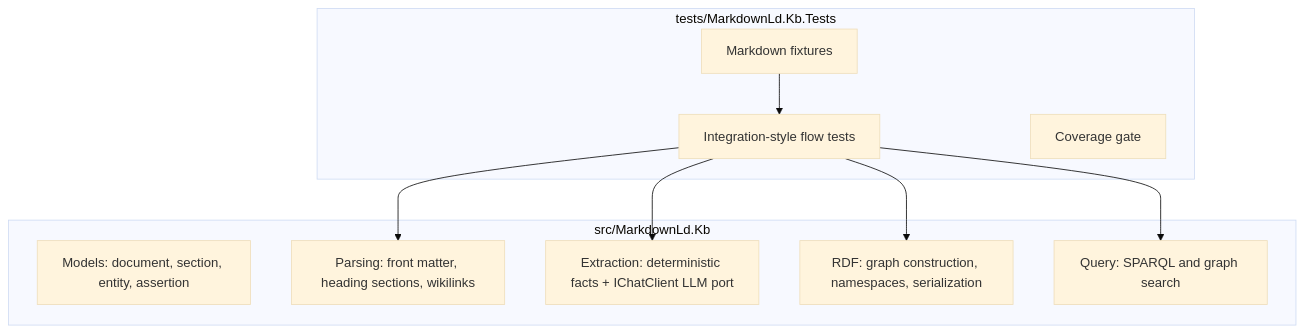
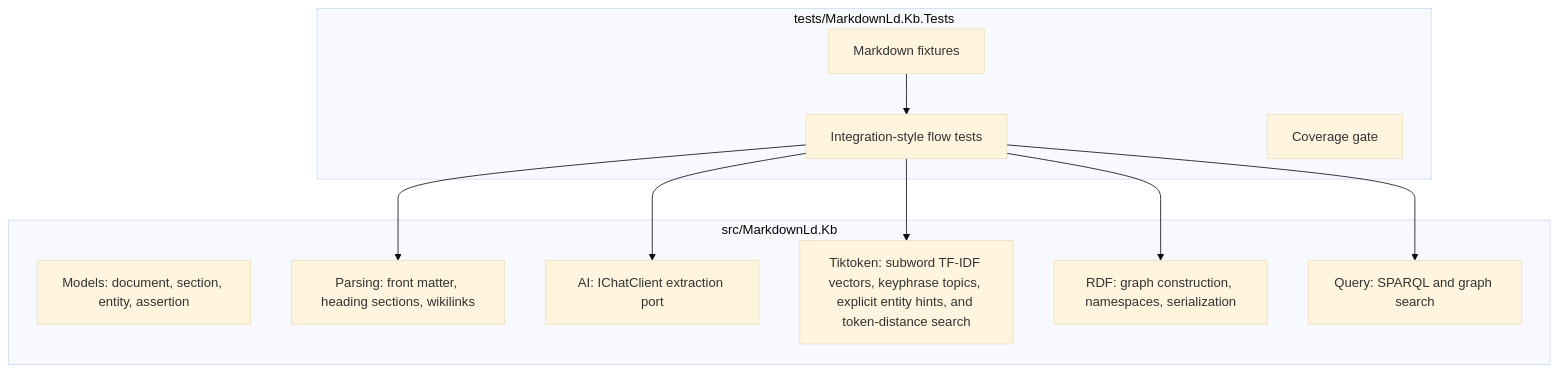
Before and after one commit to managedcode/markdown-ld-kb: the third of 4 diagrams in docs/Architecture.md, drawn with Mermaid (base theme). The commit also changed other lines of this file and 52 other files, not shown here.

Commit message:
feat: add tiktoken graph extraction

````diff
--- a/docs/Architecture.md
+++ b/docs/Architecture.md
@@ -60,22 +74,24 @@
 ```mermaid
 flowchart TB
     subgraph Core["src/MarkdownLd.Kb"]
         Models["Models: document, section, entity, assertion"]
         Parsing["Parsing: front matter, heading sections, wikilinks"]
-        Extraction["Extraction: deterministic facts + IChatClient LLM port"]
+        Ai["AI: IChatClient extraction port"]
+        Tokens["Tiktoken: subword TF-IDF vectors, keyphrase topics, explicit entity hints, and token-distance search"]
         Rdf["RDF: graph construction, namespaces, serialization"]
         Query["Query: SPARQL and graph search"]
     end
 
     subgraph Tests["tests/MarkdownLd.Kb.Tests"]
         Fixtures["Markdown fixtures"]
         FlowTests["Integration-style flow tests"]
         Coverage["Coverage gate"]
     end
 
     Fixtures --> FlowTests
     FlowTests --> Parsing
-    FlowTests --> Extraction
+    FlowTests --> Ai
+    FlowTests --> Tokens
     FlowTests --> Rdf
     FlowTests --> Query
 ```
````
